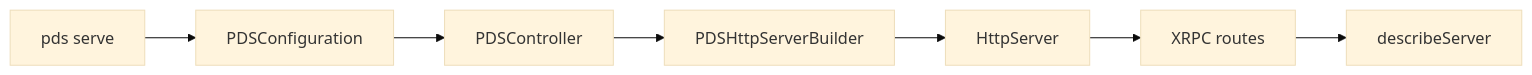
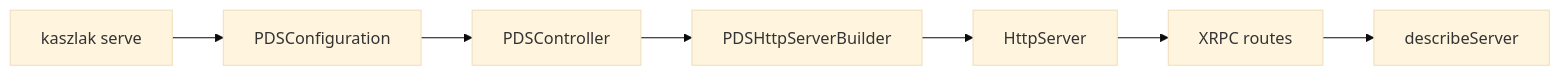
One commit to jvalinsky/garazyk changed the diagram in docs/10-tutorials/tutorial-1-hello-pds.md. Above: the diagram before and after it, drawn with Mermaid (base theme). The commit also changed other lines of this file and 15 other files, not shown here.

````diff
--- a/docs/10-tutorials/tutorial-1-hello-pds.md
+++ b/docs/10-tutorials/tutorial-1-hello-pds.md
@@ -40,9 +40,9 @@
 ```mermaid
 flowchart LR
-  CLI["pds serve"] --> Config["PDSConfiguration"]
+  CLI["kaszlak serve"] --> Config["PDSConfiguration"]
   Config --> Controller["PDSController"]
   Controller --> Builder["PDSHttpServerBuilder"]
   Builder --> Http["HttpServer"]
   Http --> Xrpc["XRPC routes"]
   Xrpc --> Describe["describeServer"]
 ```
````
